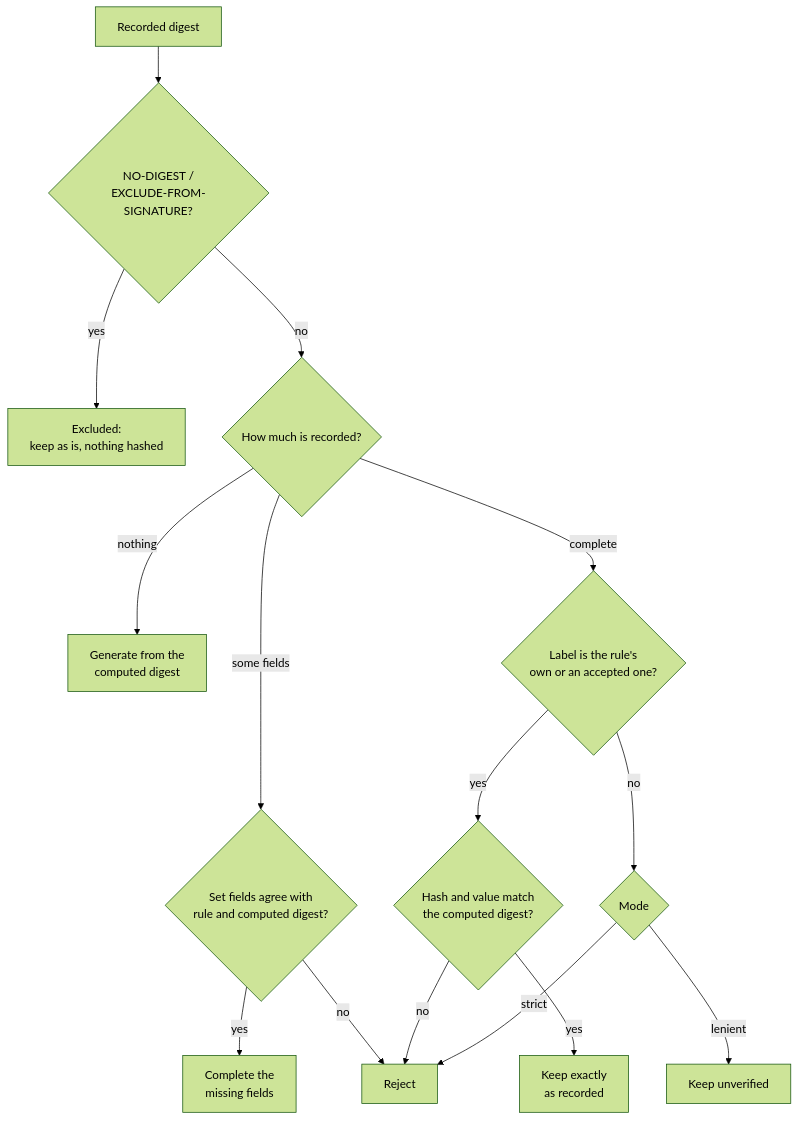
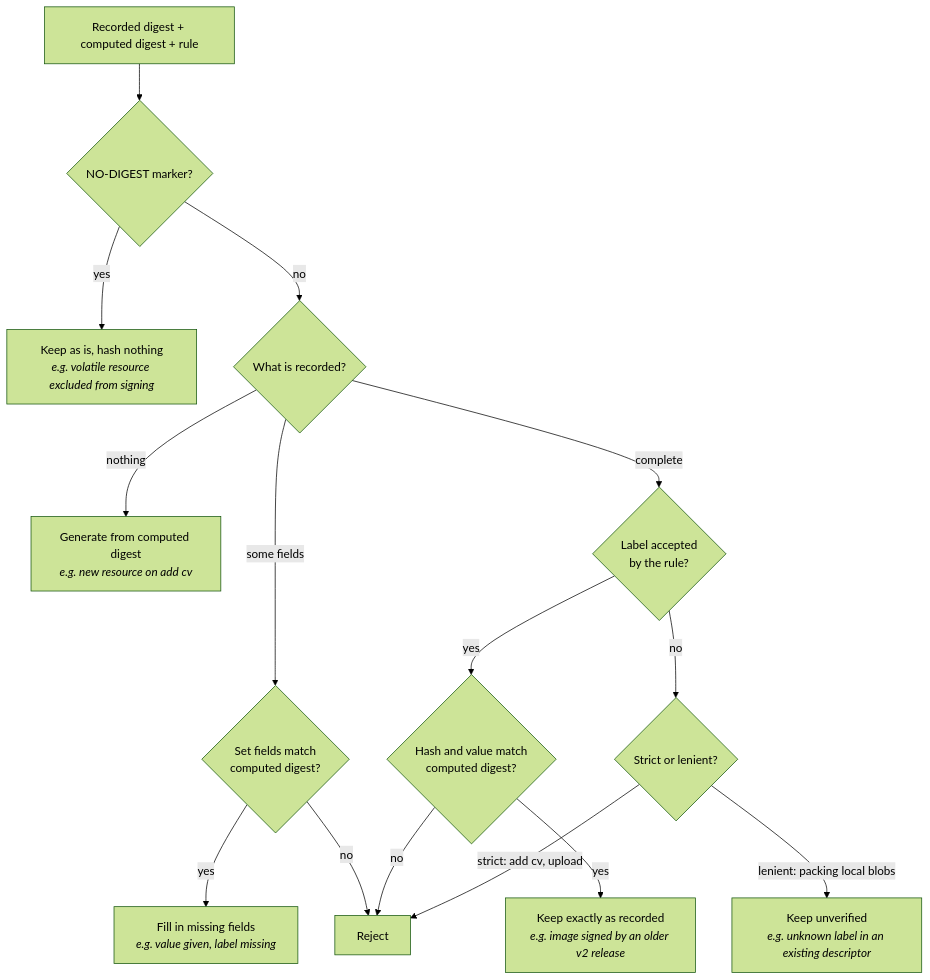
One commit to open-component-model/open-component-model changed the diagram in docs/adr/0032_resource_digest_rules.md. Above: the diagram before and after it, drawn with Mermaid (forest theme). The commit also changed other lines of this file, not shown here.

Commit message:
docs(adr): clarify ADR 0032 examples and decision diagram

````diff
--- a/docs/adr/0032_resource_digest_rules.md
+++ b/docs/adr/0032_resource_digest_rules.md
@@ -85,17 +91,17 @@
 ```mermaid
 flowchart TD
-    A[Recorded digest] --> B{NO-DIGEST /<br/>EXCLUDE-FROM-SIGNATURE?}
-    B -- yes --> X[Excluded:<br/>keep as is, nothing hashed]
-    B -- no --> C{How much is recorded?}
-    C -- nothing --> G[Generate from the<br/>computed digest]
-    C -- some fields --> D{Set fields agree with<br/>rule and computed digest?}
-    D -- yes --> P[Complete the<br/>missing fields]
-    D -- no --> R[Reject]
-    C -- complete --> E{Label is the rule's<br/>own or an accepted one?}
-    E -- yes --> F{Hash and value match<br/>the computed digest?}
-    F -- yes --> K[Keep exactly<br/>as recorded]
+    IN["Recorded digest + computed digest + rule"] --> B{"NO-DIGEST marker?"}
+    B -- yes --> X["Keep as is, hash nothing<br/><i>e.g. volatile resource excluded from signing</i>"]
+    B -- no --> C{"What is recorded?"}
+    C -- nothing --> G["Generate from computed digest<br/><i>e.g. new resource on add cv</i>"]
+    C -- some fields --> D{"Set fields match<br/>computed digest?"}
+    D -- yes --> P["Fill in missing fields<br/><i>e.g. value given, label missing</i>"]
+    D -- no --> R["Reject"]
+    C -- complete --> E{"Label accepted<br/>by the rule?"}
+    E -- yes --> F{"Hash and value match<br/>computed digest?"}
+    F -- yes --> K["Keep exactly as recorded<br/><i>e.g. image signed by an older v2 release</i>"]
     F -- no --> R
-    E -- no --> M{Mode}
-    M -- strict --> R
-    M -- lenient --> U[Keep unverified]
+    E -- no --> M{"Strict or lenient?"}
+    M -- "strict: add cv, upload" --> R
+    M -- "lenient: packing local blobs" --> U["Keep unverified<br/><i>e.g. unknown label in an existing descriptor</i>"]
 ```
````
